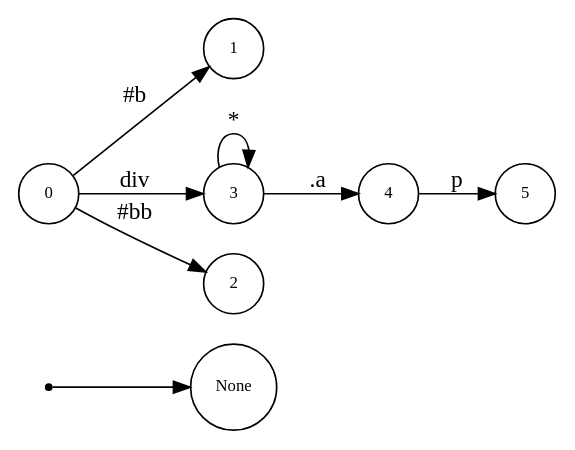
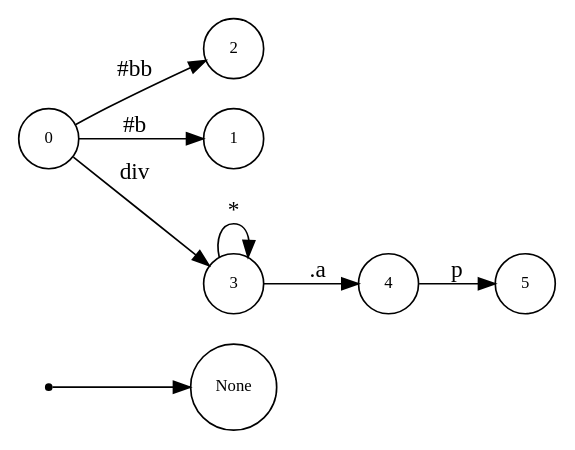
One commit to asukaminato0721/css-bitvector-compiler changed the diagram in css-gen-op/testcase/dot.dot. Above: the diagram before and after it, drawn with Graphviz. The commit also changed other lines of this file and 19 other files, not shown here.

```diff
--- a/css-gen-op/testcase/dot.dot
+++ b/css-gen-op/testcase/dot.dot
@@ -1,19 +1,19 @@
 digraph NFA {
   rankdir=LR;
   node [shape=circle, fontsize=10];
   __start [shape=point, label=""];
   __start -> None;
   4 [label="4"];
+  5 [label="5"];
+  2 [label="2"];
   1 [label="1"];
   0 [label="0"];
   3 [label="3"];
-  5 [label="5"];
-  2 [label="2"];
   { node [shape=doublecircle]; 1 2 5 }
   0 -> 1 [label="#b"];
   0 -> 2 [label="#bb"];
   0 -> 3 [label="div"];
   3 -> 3 [label="*"];
   3 -> 4 [label=".a"];
   4 -> 5 [label="p"];
 }
```
